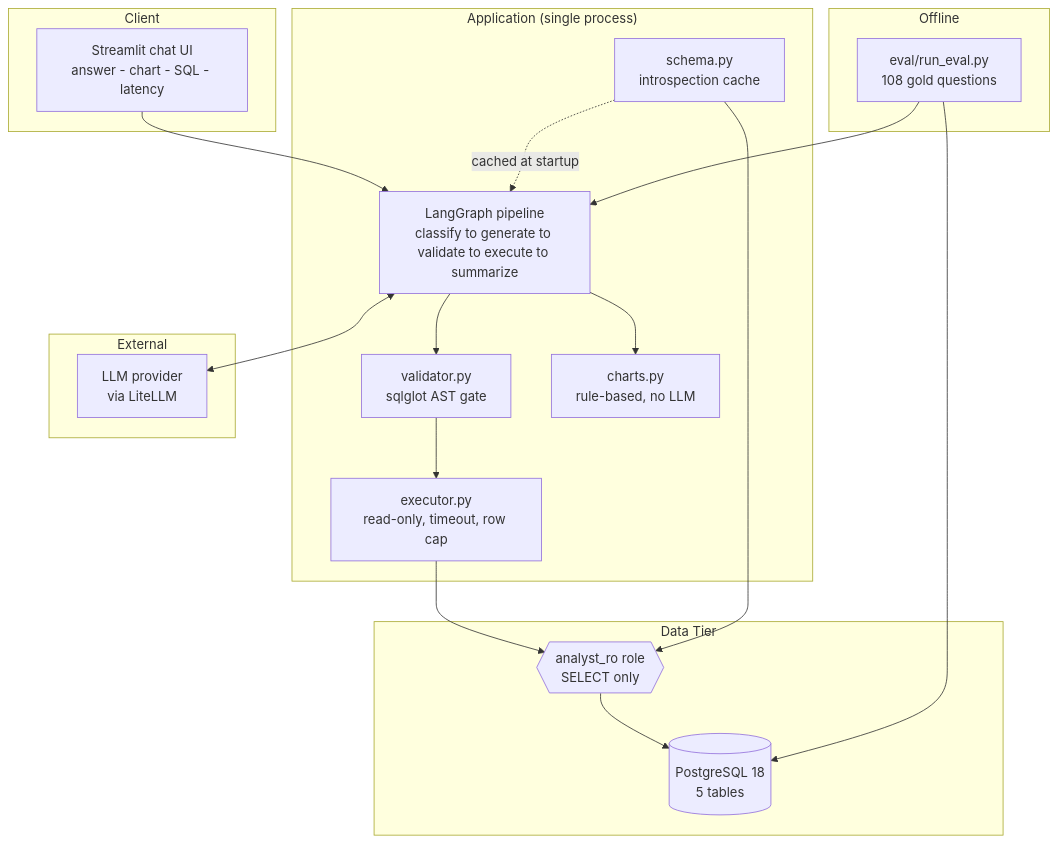
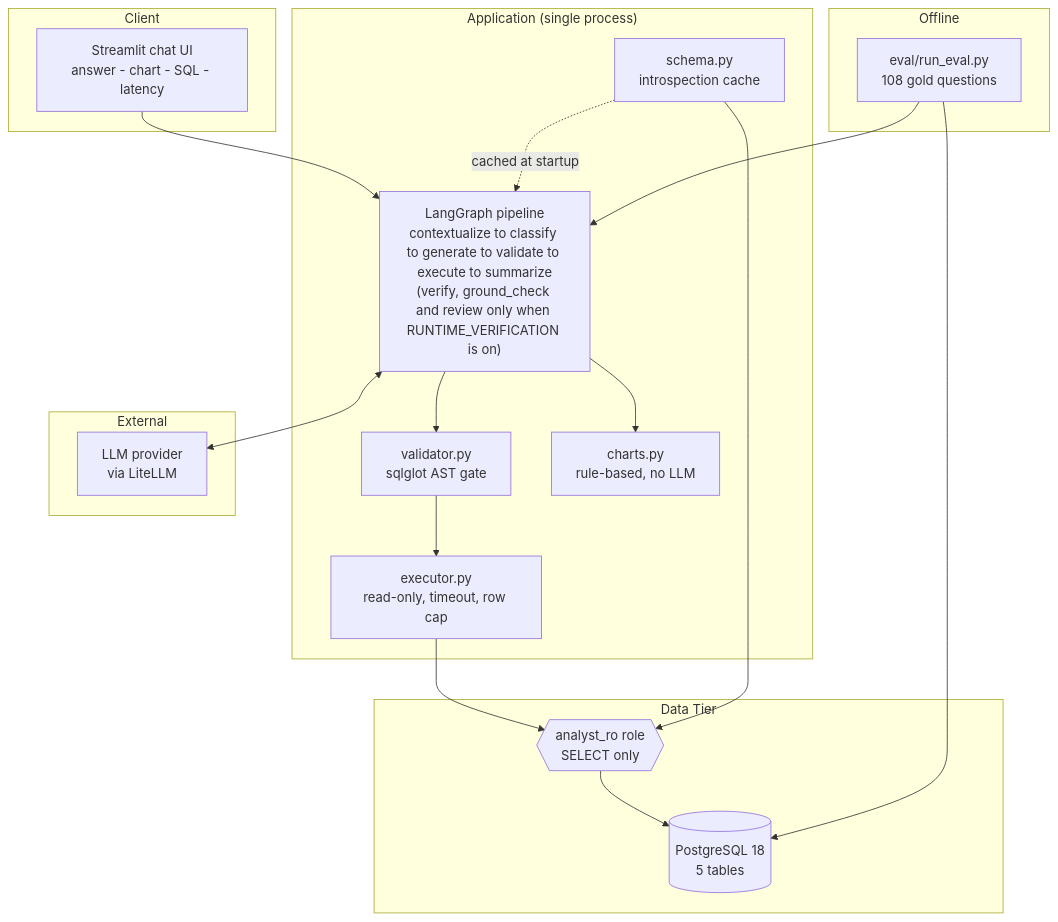
One commit to insafim/conversational-data-analyst changed the first of 4 diagrams in docs/ARCHITECTURE.md. Above: the diagram before and after it, drawn with Mermaid. The commit also changed other lines of this file and 10 other files, not shown here.

````diff
--- a/docs/ARCHITECTURE.md
+++ b/docs/ARCHITECTURE.md
@@ -131,39 +131,39 @@
 ```mermaid
 flowchart TB
     subgraph Client["Client"]
         UI["Streamlit chat UI<br/>answer - chart - SQL - latency"]
     end
 
     subgraph App["Application (single process)"]
-        GRAPH["LangGraph pipeline<br/>classify to generate to validate to execute to summarize"]
+        GRAPH["LangGraph pipeline<br/>contextualize to classify to generate to validate to execute to summarize<br/>(verify, ground_check and review only when RUNTIME_VERIFICATION is on)"]
         VAL["validator.py<br/>sqlglot AST gate"]
         EXEC["executor.py<br/>read-only, timeout, row cap"]
         CHART["charts.py<br/>rule-based, no LLM"]
         SCHEMA["schema.py<br/>introspection cache"]
     end
 
     subgraph Data["Data Tier"]
         RO{{"analyst_ro role<br/>SELECT only"}}
         PG[("PostgreSQL 18<br/>5 tables")]
     end
 
     subgraph External["External"]
         LLM["LLM provider<br/>via LiteLLM"]
     end
 
     subgraph Offline["Offline"]
         EVAL["eval/run_eval.py<br/>108 gold questions"]
     end
 
     UI --> GRAPH
     GRAPH --> VAL
     VAL --> EXEC
     EXEC --> RO
     RO --> PG
     GRAPH --> CHART
     SCHEMA -. cached at startup .-> GRAPH
     SCHEMA --> RO
     GRAPH <--> LLM
     EVAL --> GRAPH
     EVAL --> PG
 ```
````
